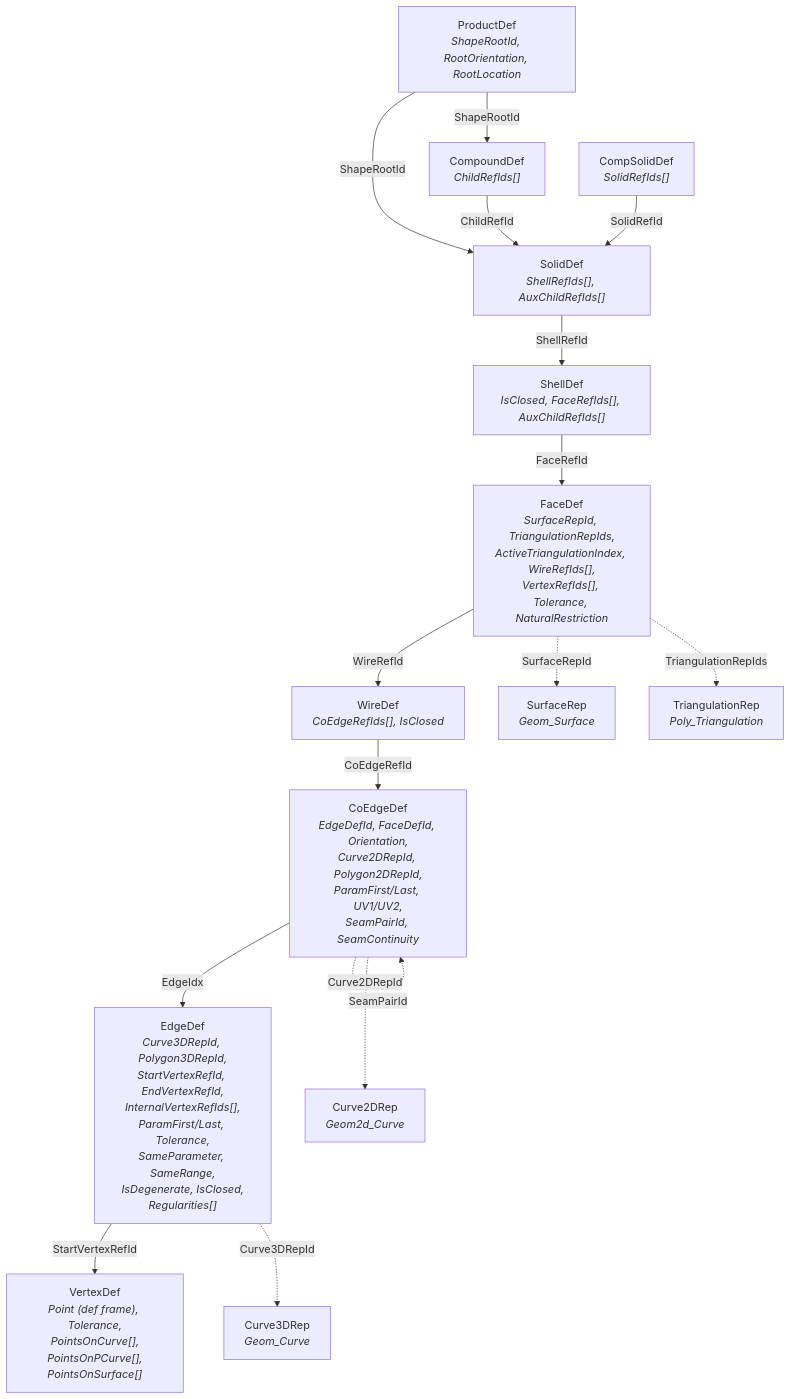
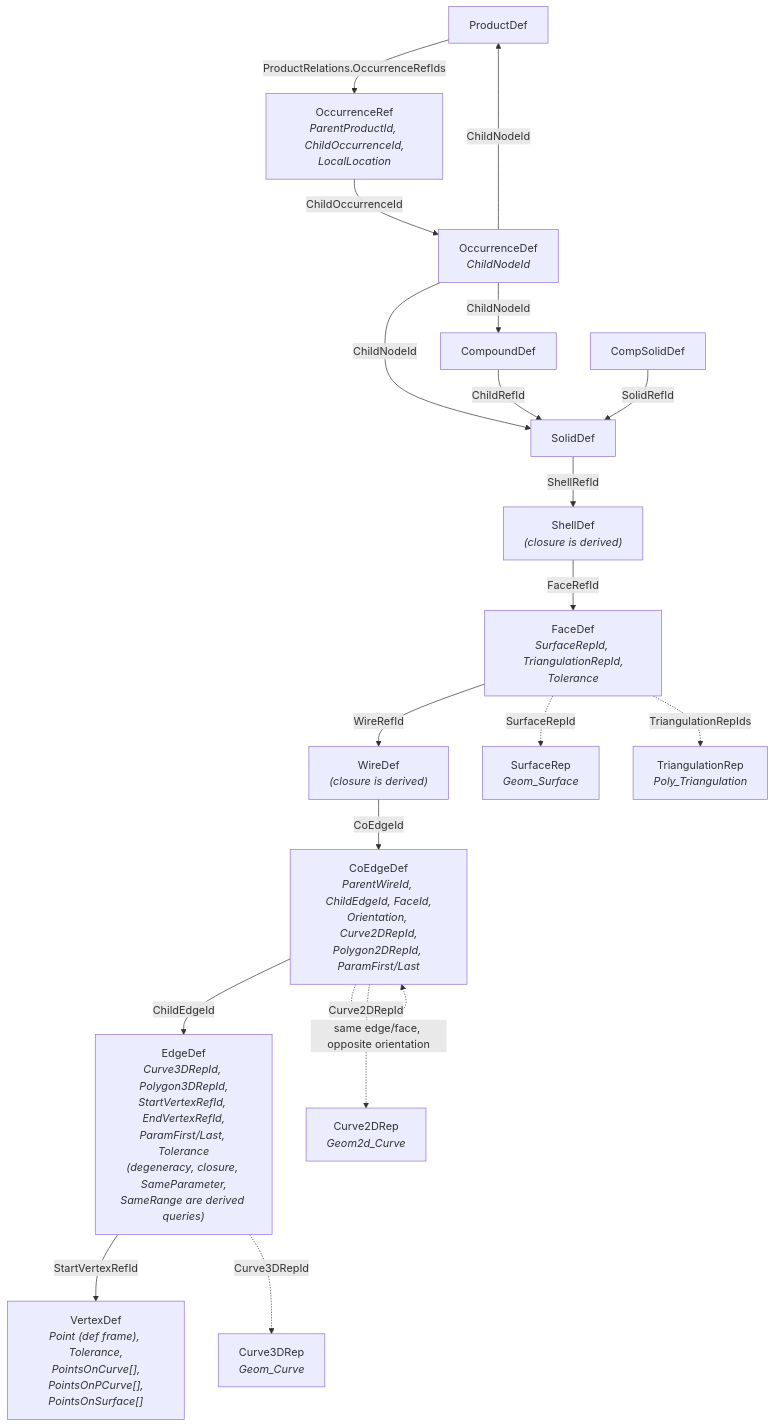
Before and after one commit to Open-Cascade-SAS/OCCT: the third of 5 diagrams in src/ModelingData/TKBRep/BRepGraphInc/README.md, drawn with Mermaid. The commit also changed other lines of this file and 183 other files, not shown here.

````diff
--- a/src/ModelingData/TKBRep/BRepGraphInc/README.md
+++ b/src/ModelingData/TKBRep/BRepGraphInc/README.md
@@ -92,41 +113,46 @@
 ```mermaid
 graph TD
-    Product["ProductDef<br/><i>ShapeRootId, RootOrientation, RootLocation</i>"]
+    Product["ProductDef"]
+    OccurrenceRef["OccurrenceRef<br/><i>ParentProductId, ChildOccurrenceId,<br/>LocalLocation</i>"]
+    Occurrence["OccurrenceDef<br/><i>ChildNodeId</i>"]
 
-    Compound["CompoundDef<br/><i>ChildRefIds[]</i>"]
-    CompSolid["CompSolidDef<br/><i>SolidRefIds[]</i>"]
-    Solid["SolidDef<br/><i>ShellRefIds[], AuxChildRefIds[]</i>"]
-    Shell["ShellDef<br/><i>IsClosed, FaceRefIds[], AuxChildRefIds[]</i>"]
+    Compound["CompoundDef"]
+    CompSolid["CompSolidDef"]
+    Solid["SolidDef"]
+    Shell["ShellDef<br/><i>(closure is derived)</i>"]
 
-    Face["FaceDef<br/><i>SurfaceRepId, TriangulationRepIds,<br/>ActiveTriangulationIndex, WireRefIds[],<br/>VertexRefIds[], Tolerance, NaturalRestriction</i>"]
+    Face["FaceDef<br/><i>SurfaceRepId, TriangulationRepId,<br/>Tolerance</i>"]
 
-    Wire["WireDef<br/><i>CoEdgeRefIds[], IsClosed</i>"]
+    Wire["WireDef<br/><i>(closure is derived)</i>"]
 
-    CoEdge["CoEdgeDef<br/><i>EdgeDefId, FaceDefId, Orientation,<br/>Curve2DRepId, Polygon2DRepId,<br/>ParamFirst/Last, UV1/UV2,<br/>SeamPairId, SeamContinuity</i>"]
+    CoEdge["CoEdgeDef<br/><i>ParentWireId, ChildEdgeId, FaceId,<br/>Orientation, Curve2DRepId,<br/>Polygon2DRepId, ParamFirst/Last</i>"]
 
-    Edge["EdgeDef<br/><i>Curve3DRepId, Polygon3DRepId,<br/>StartVertexRefId, EndVertexRefId,<br/>InternalVertexRefIds[],<br/>ParamFirst/Last, Tolerance,<br/>SameParameter, SameRange,<br/>IsDegenerate, IsClosed,<br/>Regularities[]</i>"]
+    Edge["EdgeDef<br/><i>Curve3DRepId, Polygon3DRepId,<br/>StartVertexRefId, EndVertexRefId,<br/>ParamFirst/Last, Tolerance<br/>(degeneracy, closure, SameParameter,<br/>SameRange are derived queries)</i>"]
 
     Vertex["VertexDef<br/><i>Point (def frame), Tolerance,<br/>PointsOnCurve[],<br/>PointsOnPCurve[],<br/>PointsOnSurface[]</i>"]
 
     SurfRep["SurfaceRep<br/><i>Geom_Surface</i>"]
     C3DRep["Curve3DRep<br/><i>Geom_Curve</i>"]
     C2DRep["Curve2DRep<br/><i>Geom2d_Curve</i>"]
     TriRep["TriangulationRep<br/><i>Poly_Triangulation</i>"]
 
-    Product -->|"ShapeRootId"| Compound
-    Product -->|"ShapeRootId"| Solid
+    Product -->|"ProductRelations.OccurrenceRefIds"| OccurrenceRef
+    OccurrenceRef -->|"ChildOccurrenceId"| Occurrence
+    Occurrence -->|"ChildNodeId"| Product
+    Occurrence -->|"ChildNodeId"| Compound
+    Occurrence -->|"ChildNodeId"| Solid
     Compound -->|"ChildRefId"| Solid
     CompSolid -->|"SolidRefId"| Solid
     Solid -->|"ShellRefId"| Shell
     Shell -->|"FaceRefId"| Face
     Face -->|"WireRefId"| Wire
-    Wire -->|"CoEdgeRefId"| CoEdge
-    CoEdge -->|"EdgeIdx"| Edge
+    Wire -->|"CoEdgeId"| CoEdge
+    CoEdge -->|"ChildEdgeId"| Edge
     Edge -->|"StartVertexRefId"| Vertex
 
     Face -.->|"SurfaceRepId"| SurfRep
     Face -.->|"TriangulationRepIds"| TriRep
     Edge -.->|"Curve3DRepId"| C3DRep
     CoEdge -.->|"Curve2DRepId"| C2DRep
-    CoEdge -.->|"SeamPairId"| CoEdge
+    CoEdge -.->|"same edge/face, opposite orientation"| CoEdge
 ```
````
